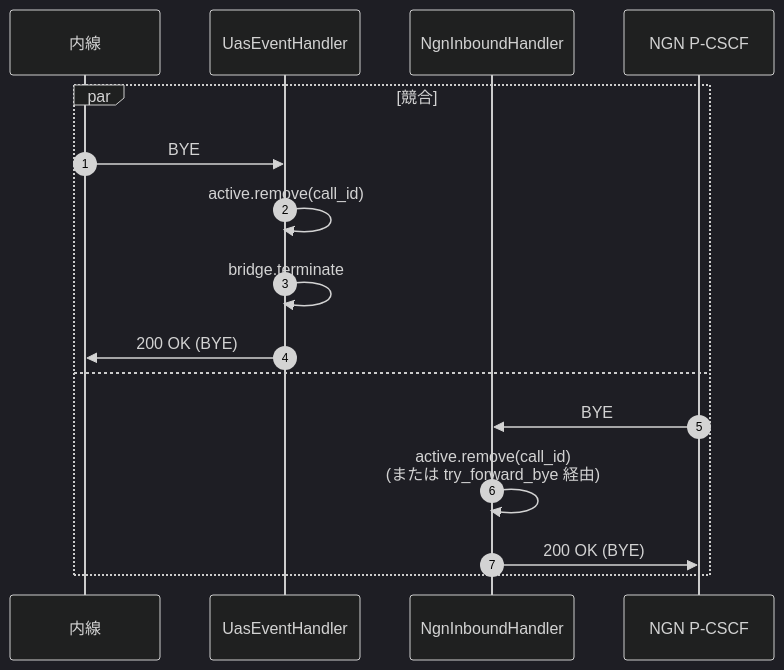
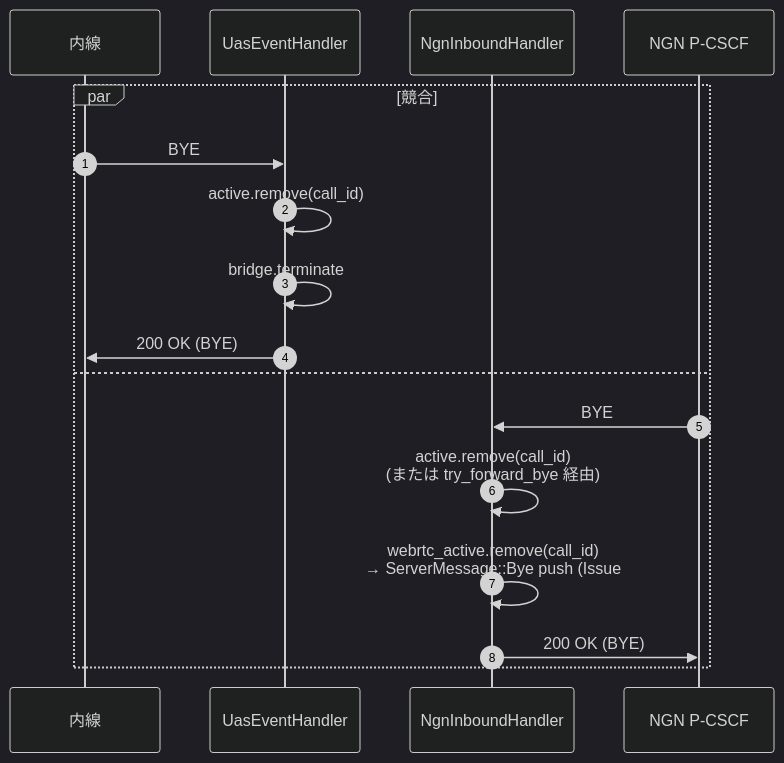
Before and after one commit to aoki-taquan/sabiden: the tenth of 21 diagrams in docs/architecture.md, drawn with Mermaid (dark theme). The commit also changed other lines of this file and 3 other files, not shown here.

````diff
--- a/docs/architecture.md
+++ b/docs/architecture.md
@@ -719,19 +745,20 @@
 ```mermaid
 sequenceDiagram
   autonumber
   participant Ext as 内線
   participant UasH as UasEventHandler
   participant NgnInb as NgnInboundHandler
   participant Pcscf as NGN P-CSCF
 
   par 競合
     Ext->>UasH: BYE
     UasH->>UasH: active.remove(call_id)
     UasH->>UasH: bridge.terminate
     UasH->>Ext: 200 OK (BYE)
   and
     Pcscf->>NgnInb: BYE
     NgnInb->>NgnInb: active.remove(call_id)<br/>(または try_forward_bye 経由)
+    NgnInb->>NgnInb: webrtc_active.remove(call_id)<br/>→ ServerMessage::Bye push (Issue #81)
     NgnInb->>Pcscf: 200 OK (BYE)
   end
 ```
````
